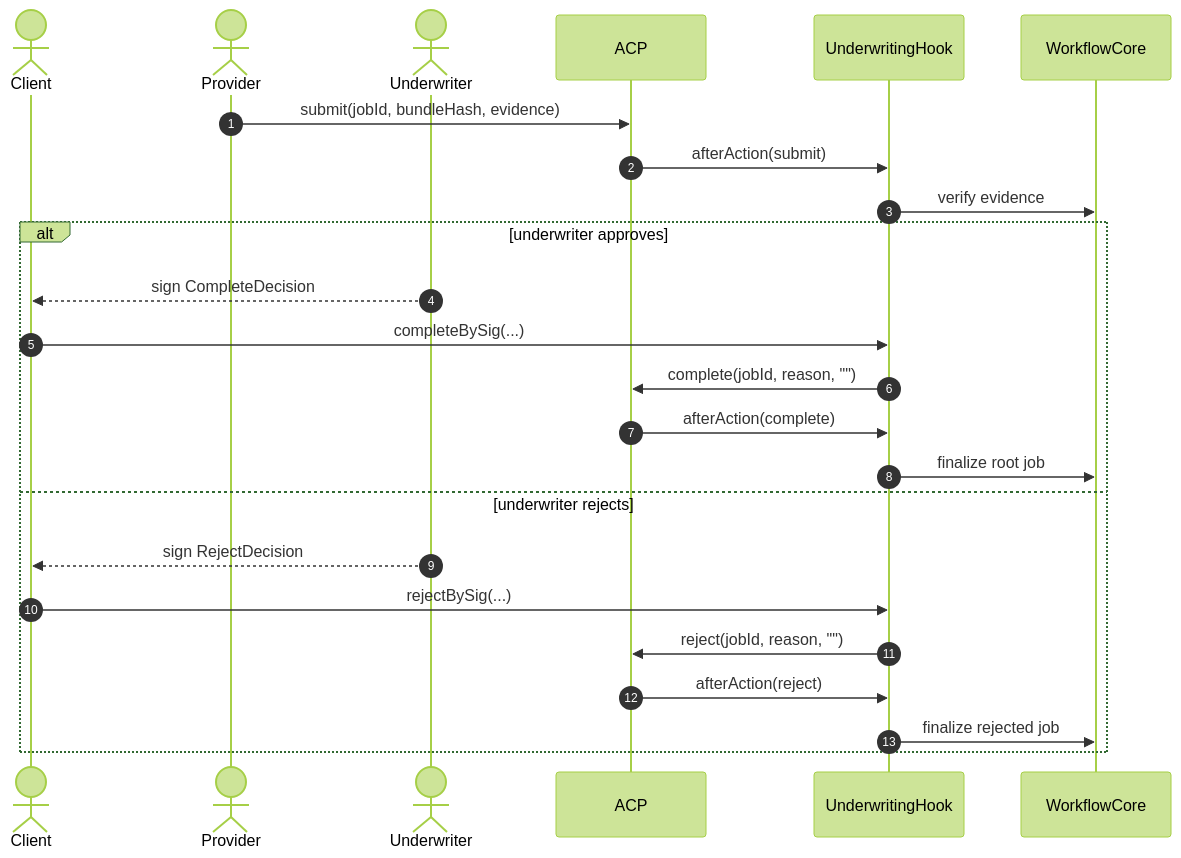
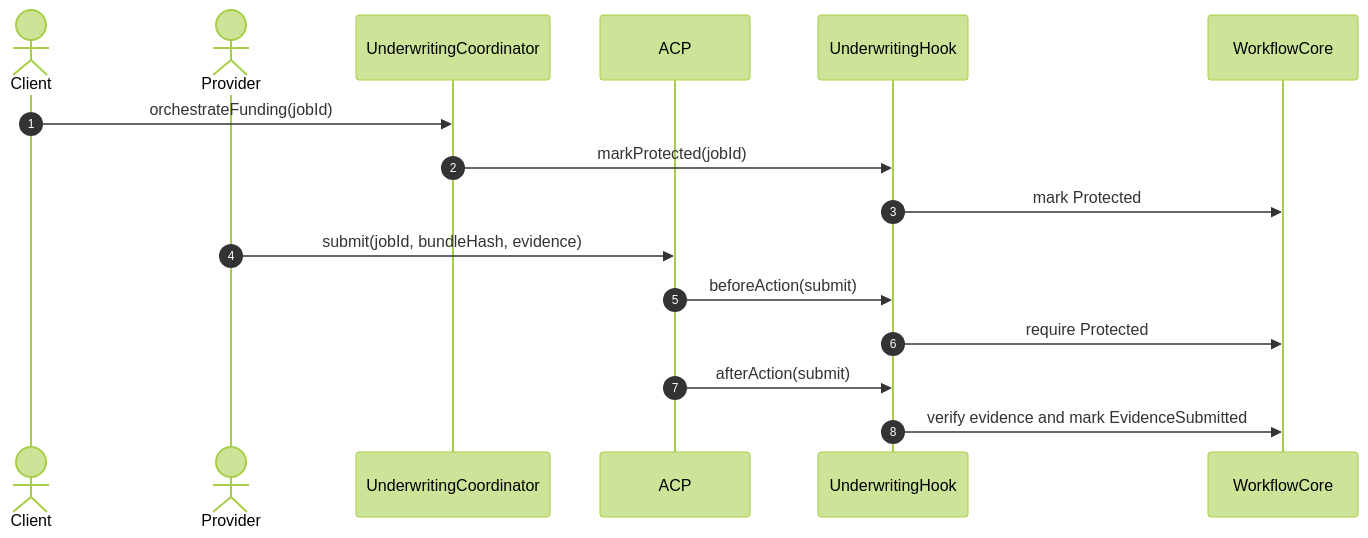
One commit to tsubasakong/hook-contracts changed the third of 6 diagrams in docs/underwriting-hook-example-sequence.md. Above: the diagram before and after it, drawn with Mermaid (forest theme). The commit also changed other lines of this file and 13 other files, not shown here.

````diff
--- a/docs/underwriting-hook-example-sequence.md
+++ b/docs/underwriting-hook-example-sequence.md
@@ -51,27 +62,19 @@
 ```mermaid
 sequenceDiagram
     autonumber
     actor Client
     actor Provider
-    actor Underwriter
+    participant Coord as UnderwritingCoordinator
     participant ACP as ACP
     participant Hook as UnderwritingHook
     participant Flow as WorkflowCore
 
+    Client->>Coord: orchestrateFunding(jobId)
+    Coord->>Hook: markProtected(jobId)
+    Hook->>Flow: mark Protected
     Provider->>ACP: submit(jobId, bundleHash, evidence)
+    ACP->>Hook: beforeAction(submit)
+    Hook->>Flow: require Protected
     ACP->>Hook: afterAction(submit)
-    Hook->>Flow: verify evidence
-    alt underwriter approves
-        Underwriter-->>Client: sign CompleteDecision
-        Client->>Hook: completeBySig(...)
-        Hook->>ACP: complete(jobId, reason, "")
-        ACP->>Hook: afterAction(complete)
-        Hook->>Flow: finalize root job
-    else underwriter rejects
-        Underwriter-->>Client: sign RejectDecision
-        Client->>Hook: rejectBySig(...)
-        Hook->>ACP: reject(jobId, reason, "")
-        ACP->>Hook: afterAction(reject)
-        Hook->>Flow: finalize rejected job
-    end
+    Hook->>Flow: verify evidence and mark EvidenceSubmitted
 ```
````
